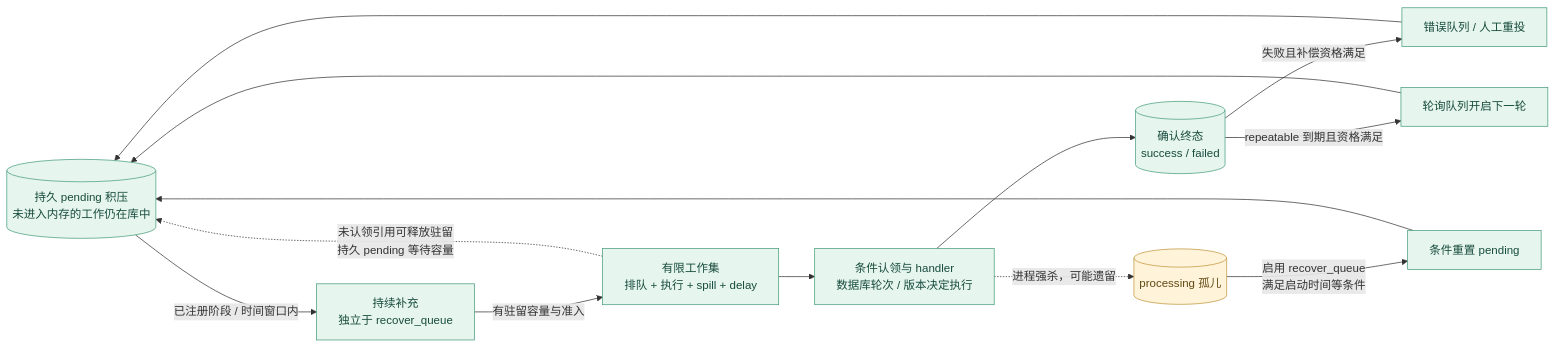
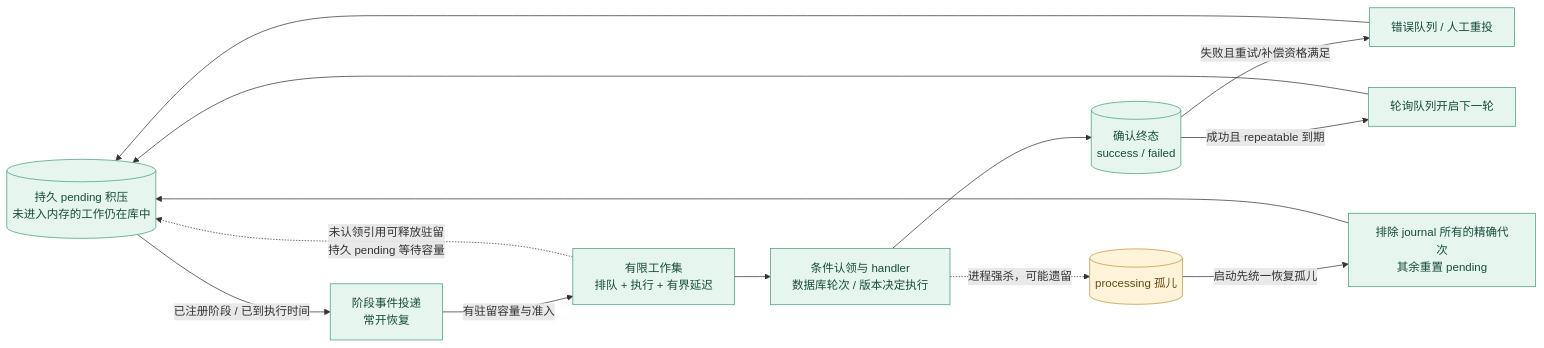
Before and after one commit to ydtg1993/papa: the diagram in docs/assets/diagrams/04-recovery-budget.mmd, drawn with Mermaid. The commit also changed 255 other files, not shown here.

```diff
--- a/docs/assets/diagrams/04-recovery-budget.mmd
+++ b/docs/assets/diagrams/04-recovery-budget.mmd
@@ -1,15 +1,15 @@
 flowchart LR
     P[("持久 pending 积压<br/>未进入内存的工作仍在库中")]
-    P -->|已注册阶段 / 时间窗口内| R["持续补充<br/>独立于 recover_queue"]
-    R -->|有驻留容量与准入| W["有限工作集<br/>排队 + 执行 + spill + delay"]
+    P -->|已注册阶段 / 已到执行时间| R["阶段事件投递<br/>常开恢复"]
+    R -->|有驻留容量与准入| W["有限工作集<br/>排队 + 执行 + 有界延迟"]
     W --> C["条件认领与 handler<br/>数据库轮次 / 版本决定执行"]
     C --> T[("确认终态<br/>success / failed")]
     C -.->|进程强杀，可能遗留| O[("processing 孤儿")]
-    O -->|启用 recover_queue<br/>满足启动时间等条件| Q["条件重置 pending"] --> P
-    T -->|失败且补偿资格满足| E["错误队列 / 人工重投"] --> P
-    T -->|repeatable 到期且资格满足| N["轮询队列开启下一轮"] --> P
+    O -->|启动先统一恢复孤儿| Q["排除 journal 所有的精确代次<br/>其余重置 pending"] --> P
+    T -->|失败且重试/补偿资格满足| E["错误队列 / 人工重投"] --> P
+    T -->|成功且 repeatable 到期| N["轮询队列开启下一轮"] --> P
     W -.->|未认领引用可释放驻留<br/>持久 pending 等待容量| P
     classDef runtime fill:#e7f5ef,color:#174c3c,stroke:#449c7a;
     classDef observe fill:#fff3d9,color:#634a15,stroke:#bf963b;
     class P,R,W,C,T,Q,E,N runtime;
     class O observe;
```
